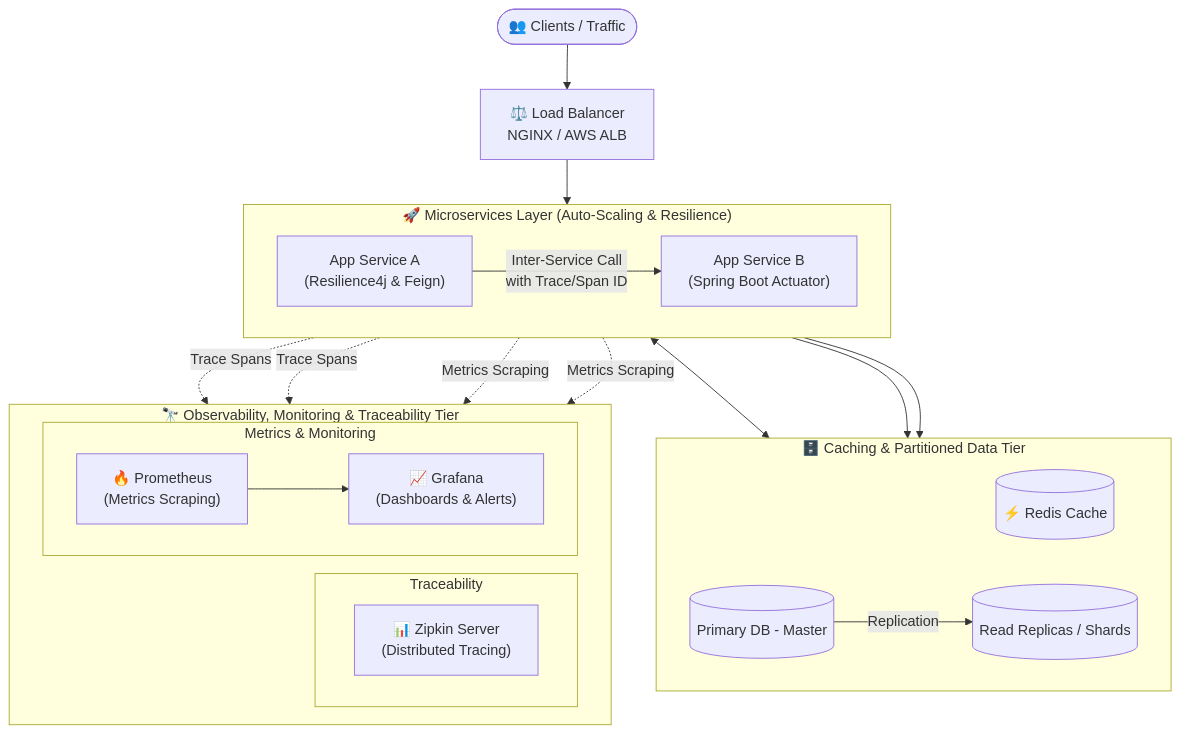
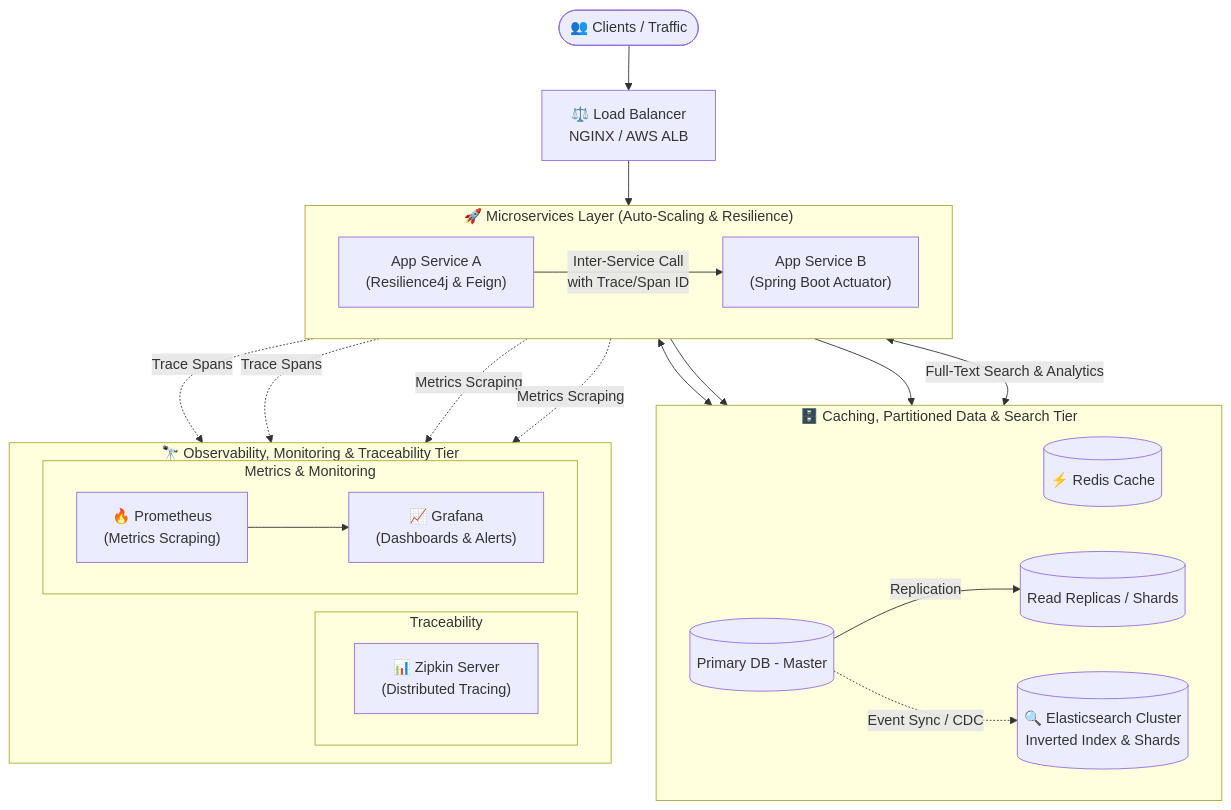
One commit to hariprasanth-jcode/hariprasanth-jcode changed the first of 2 diagrams in README.md. Above: the diagram before and after it, drawn with Mermaid. The commit also changed other lines of this file, not shown here.

Commit message:
Include Elasticsearch and its distributed cluster architecture

````diff
--- a/README.md
+++ b/README.md
@@ -48,42 +49,45 @@
 ```mermaid
 flowchart TD
     Clients([👥 Clients / Traffic]) --> LB[⚖️ Load Balancer<br/>NGINX / AWS ALB]
     
     subgraph MicroservicesTier ["🚀 Microservices Layer (Auto-Scaling & Resilience)"]
         direction LR
         S1["App Service A<br/>(Resilience4j & Feign)"]
         S2["App Service B<br/>(Spring Boot Actuator)"]
         S1 -->|Inter-Service Call<br/>with Trace/Span ID| S2
     end
     
     LB --> S1
     
-    subgraph StorageTier ["🗄️ Caching & Partitioned Data Tier"]
+    subgraph StorageTier ["🗄️ Caching, Partitioned Data & Search Tier"]
         direction LR
         Cache[(⚡ Redis Cache)]
         Primary[(Primary DB - Master)]
         Replica[(Read Replicas / Shards)]
+        ES[(🔍 Elasticsearch Cluster<br/>Inverted Index & Shards)]
         Primary -->|Replication| Replica
+        Primary -.->|Event Sync / CDC| ES
     end
     
     S1 <--> Cache
     S2 --> Primary
     S2 --> Replica
+    S1 <-->|Full-Text Search & Analytics| ES
 
     subgraph ObservabilityTier ["🔭 Observability, Monitoring & Traceability Tier"]
         direction LR
         subgraph TracingSub ["Traceability"]
             Zipkin["📊 Zipkin Server<br/>(Distributed Tracing)"]
         end
         subgraph MonitoringSub ["Metrics & Monitoring"]
             Prometheus["🔥 Prometheus<br/>(Metrics Scraping)"]
             Grafana["📈 Grafana<br/>(Dashboards & Alerts)"]
             Prometheus --> Grafana
         end
     end
 
     S1 -.->|Trace Spans| Zipkin
     S2 -.->|Trace Spans| Zipkin
     S1 -.->|Metrics Scraping| Prometheus
     S2 -.->|Metrics Scraping| Prometheus
 ```
````
